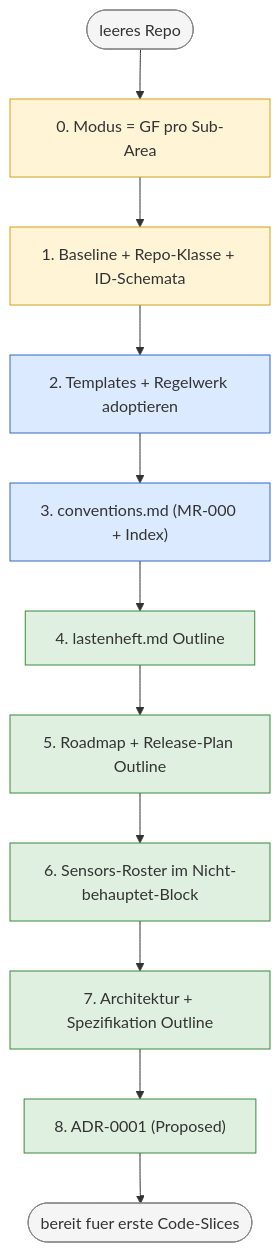
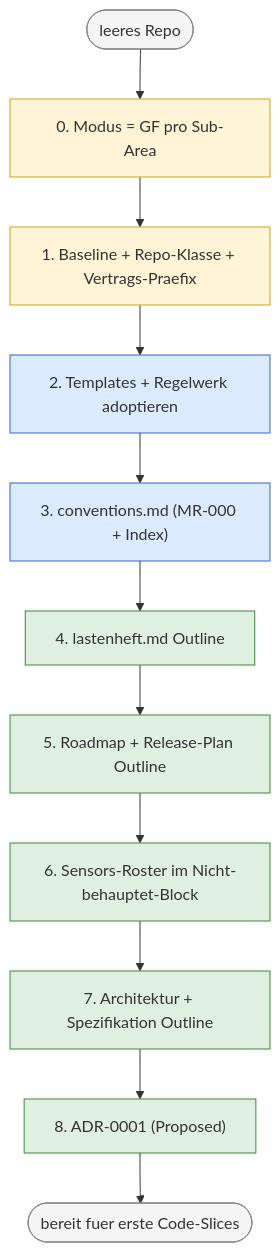
One commit to pt9912/ai-harness-course changed the first of 2 diagrams in kurs/de/01-spec-und-architektur/modul-02-harness-bootstrap.md. Above: the diagram before and after it, drawn with Mermaid. The commit also changed other lines of this file and 31 other files, not shown here.

````diff
--- a/kurs/de/01-spec-und-architektur/modul-02-harness-bootstrap.md
+++ b/kurs/de/01-spec-und-architektur/modul-02-harness-bootstrap.md
@@ -300,22 +300,22 @@
 ```mermaid
 flowchart TD
     Start([leeres Repo]):::start
     S0["0. Modus = GF pro Sub-Area"]:::orient
-    S1["1. Baseline + Repo-Klasse + ID-Schemata"]:::orient
+    S1["1. Baseline + Repo-Klasse + Vertrags-Praefix"]:::orient
     S2["2. Templates + Regelwerk adoptieren"]:::action
     S3["3. conventions.md (MR-000 + Index)"]:::action
     S4["4. lastenheft.md Outline"]:::content
     S5["5. Roadmap + Release-Plan Outline"]:::content
     S6["6. Sensors-Roster im Nicht-behauptet-Block"]:::content
     S7["7. Architektur + Spezifikation Outline"]:::content
     S8["8. ADR-0001 (Proposed)"]:::content
     End([bereit fuer erste Code-Slices]):::endNode
 
     Start --> S0 --> S1 --> S2 --> S3 --> S4 --> S5 --> S6 --> S7 --> S8 --> End
 
     classDef start fill:#f5f5f5,stroke:#888
     classDef orient fill:#fff4d6,stroke:#d4a017
     classDef action fill:#dceaff,stroke:#3366cc
     classDef content fill:#e0f0e0,stroke:#3a8a3a
     classDef endNode fill:#f5f5f5,stroke:#888
 ```
````
